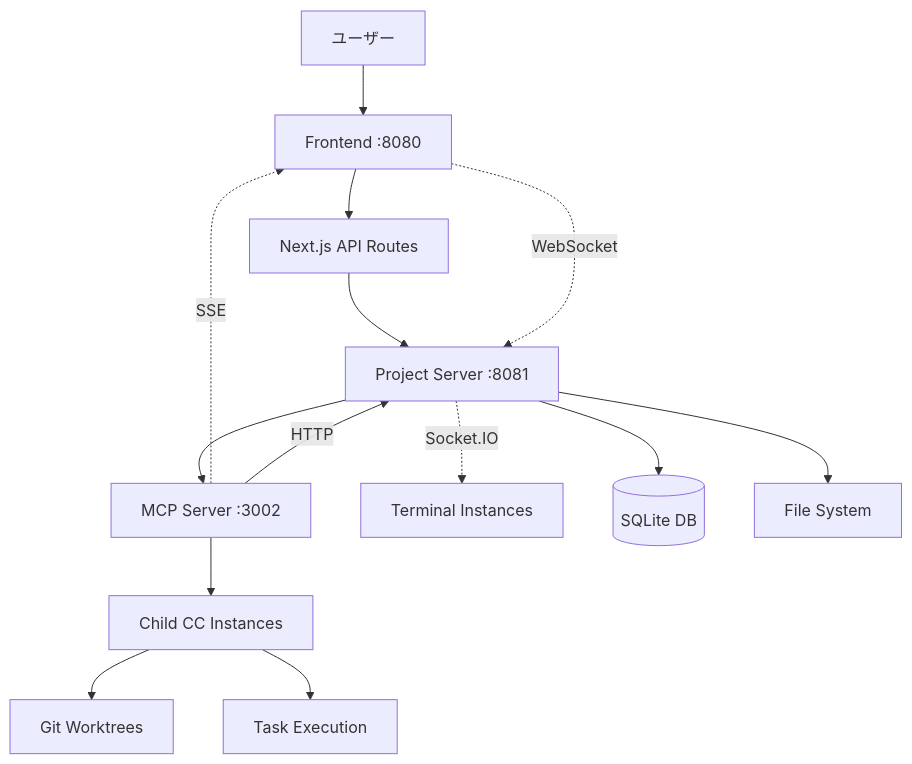
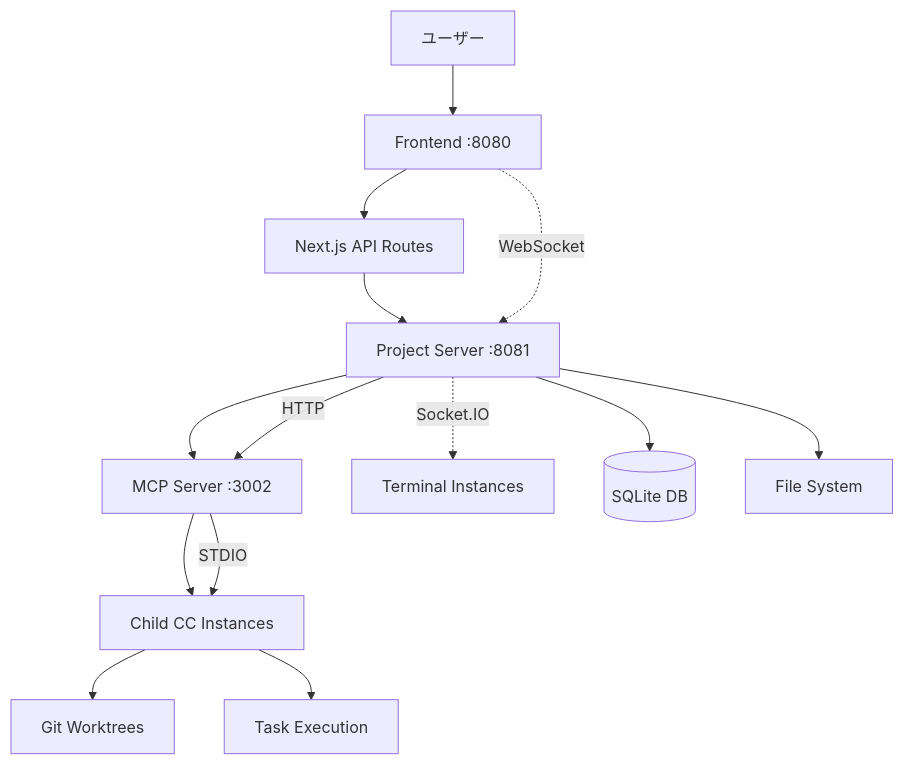
The diagram in README.md (pon0204/cc-parallel-executor), drawn with Mermaid before and after one commit. The commit also changed other lines of this file and 16 other files, not shown here.

````diff
--- a/README.md
+++ b/README.md
@@ -135,19 +136,19 @@
 ```mermaid
 graph TD
     A[ユーザー] --> B[Frontend :8080]
     B --> C[Next.js API Routes]
     C --> D[Project Server :8081]
     D --> E[MCP Server :3002]
     E --> F[Child CC Instances]
     
     B -.->|WebSocket| D
     D -.->|Socket.IO| G[Terminal Instances]
-    E -.->|SSE| B
-    E -->|HTTP| D
+    E -->|STDIO| F
+    D -->|HTTP| E
     
     F --> H[Git Worktrees]
     F --> I[Task Execution]
     
     D --> J[(SQLite DB)]
     D --> K[File System]
 ```
````
